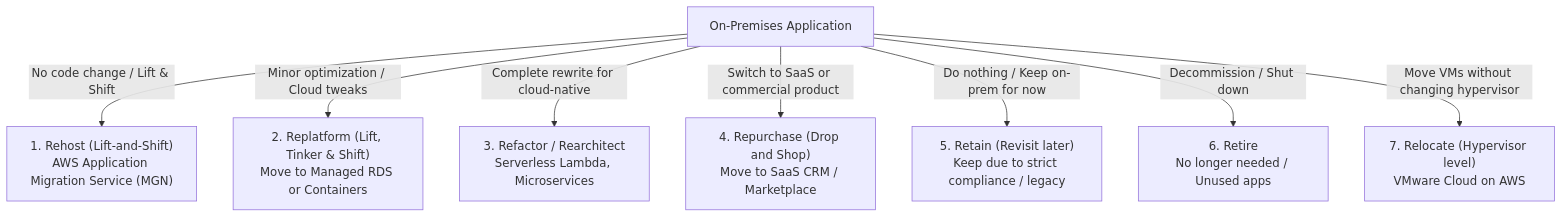
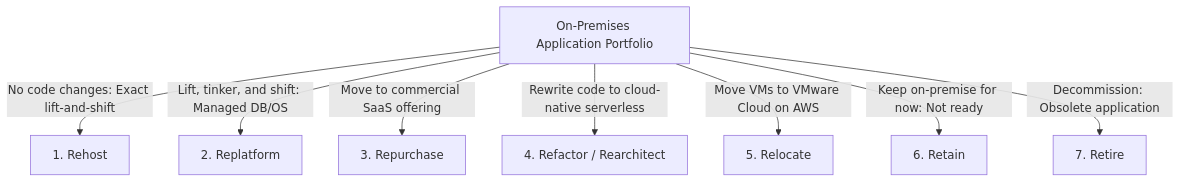
One commit to fakhruldeen/AWS changed the second of 2 diagrams in Cloud/Practitioner/CLF-C02/06_Explanations/01_Cloud_Concepts/Cloud_Adoption_Framework_CAF.md. Above: the diagram before and after it, drawn with Mermaid. The commit also changed other lines of this file and 18 other files, not shown here.

````diff
--- a/Cloud/Practitioner/CLF-C02/06_Explanations/01_Cloud_Concepts/Cloud_Adoption_Framework_CAF.md
+++ b/Cloud/Practitioner/CLF-C02/06_Explanations/01_Cloud_Concepts/Cloud_Adoption_Framework_CAF.md
@@ -80,12 +110,12 @@
 ```mermaid
 graph TD
-    App[On-Premises Application]
+    App[On-Premises Application Portfolio]
     
-    App -->|No code change / Lift & Shift| Rehost["1. Rehost (Lift-and-Shift)\nAWS Application Migration Service (MGN)"]
-    App -->|Minor optimization / Cloud tweaks| Replatform["2. Replatform (Lift, Tinker & Shift)\nMove to Managed RDS or Containers"]
-    App -->|Complete rewrite for cloud-native| Refactor["3. Refactor / Rearchitect\nServerless Lambda, Microservices"]
-    App -->|Switch to SaaS or commercial product| Repurchase["4. Repurchase (Drop and Shop)\nMove to SaaS CRM / Marketplace"]
-    App -->|Do nothing / Keep on-prem for now| Retain["5. Retain (Revisit later)\nKeep due to strict compliance / legacy"]
-    App -->|Decommission / Shut down| Retire["6. Retire\nNo longer needed / Unused apps"]
-    App -->|Move VMs without changing hypervisor| Relocate["7. Relocate (Hypervisor level)\nVMware Cloud on AWS"]
+    App -->|No code changes: Exact lift-and-shift| R1[1. Rehost]
+    App -->|Lift, tinker, and shift: Managed DB/OS| R2[2. Replatform]
+    App -->|Move to commercial SaaS offering| R3[3. Repurchase]
+    App -->|Rewrite code to cloud-native serverless| R4[4. Refactor / Rearchitect]
+    App -->|Move VMs to VMware Cloud on AWS| R5[5. Relocate]
+    App -->|Keep on-premise for now: Not ready| R6[6. Retain]
+    App -->|Decommission: Obsolete application| R7[7. Retire]
 ```
````
